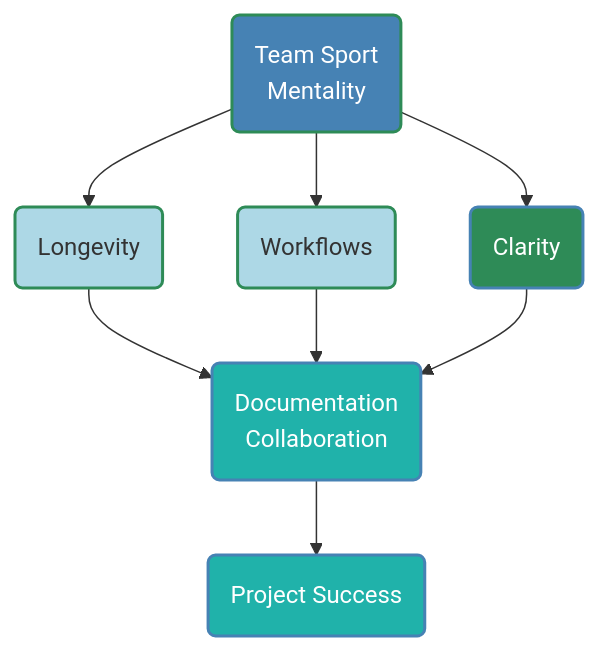
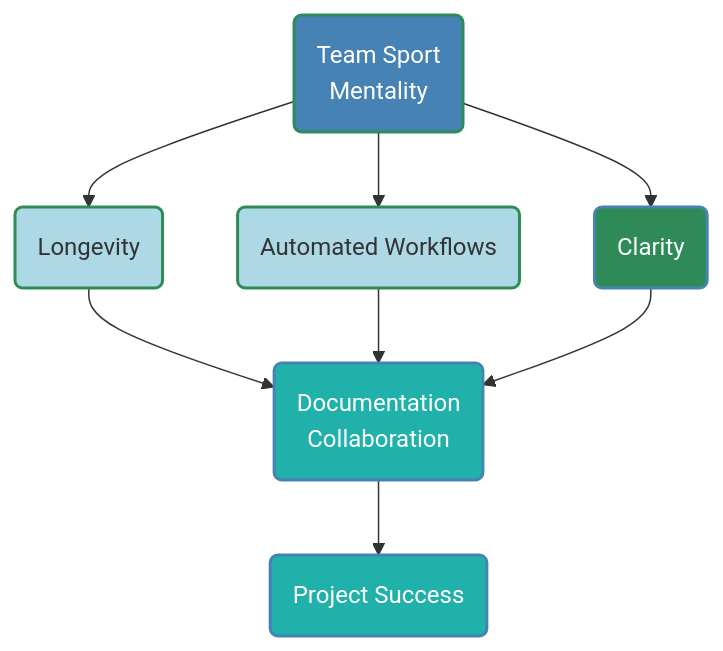
One commit to buckeye43210/markdown-to-snowkb changed diagram 11 of 11 in README.md. Above: the diagram before and after it, drawn with Mermaid. The commit also changed 1 other file, not shown here.

````diff
--- a/README.md
+++ b/README.md
@@ -556,18 +556,18 @@
 ```mermaid
 graph TD
     A(Team Sport<br> Mentality)
     A --> B(Longevity)
-    A --> C(Workflows)
+    A --> C(Automated Workflows)
     A --> D(Clarity)
     B --> E(Documentation<br> Collaboration)
     C --> E
     D --> E
     E --> F(Project Success)
 
     style A fill:#4682B4,stroke:#2E8B57,stroke-width:2px,color:#FFFFFF
     style B fill:#ADD8E6,stroke:#2E8B57,stroke-width:2px
     style C fill:#ADD8E6,stroke:#2E8B57,stroke-width:2px
     style D fill:#2E8B57,stroke:#4682B4,stroke-width:2px,color:#FFFFFF
     style E fill:#20B2AA,stroke:#4682B4,stroke-width:2px,color:#FFFFFF
     style F fill:#20B2AA,stroke:#4682B4,stroke-width:2px,color:#FFFFFF
 ```
````
